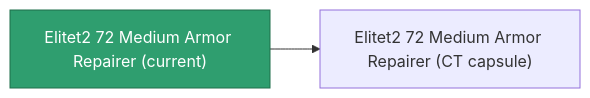
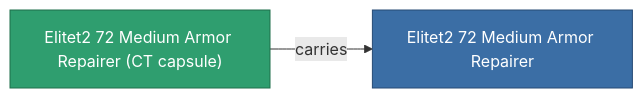
One commit to OpenPerpetuum/Wiki changed the diagram in content/content/items/elitet2_72_medium_armor_repairer.md. Above: the diagram before and after it, drawn with Mermaid. The commit also changed other lines of this file and 2015 other files, not shown here.

````diff
--- a/content/content/items/elitet2_72_medium_armor_repairer.md
+++ b/content/content/items/elitet2_72_medium_armor_repairer.md
@@ -36,8 +36,9 @@
 ```mermaid
 graph LR
-    a["Elitet2 72 Medium Armor Repairer (current)"]:::current
-    b["Elitet2 72 Medium Armor Repairer (CT capsule)"]
-    a --> b
-    click b "/content/items/elitet2-72-medium-armor-repairer-ct-capsule/" "Elitet2 72 Medium Armor Repairer (CT capsule)"
+    a["Elitet2 72 Medium Armor Repairer (CT capsule)"]:::current
+    b["Elitet2 72 Medium Armor Repairer"]:::finished
+    a -->|carries| b
+                click b "/content/items/elitet2-72-medium-armor-repairer/" "Elitet2 72 Medium Armor Repairer"
     classDef current fill:#2f9e6f,stroke:#1f6f4a,color:#ffffff
+    classDef finished fill:#3b6ea5,stroke:#274a75,color:#ffffff
 ```
````
